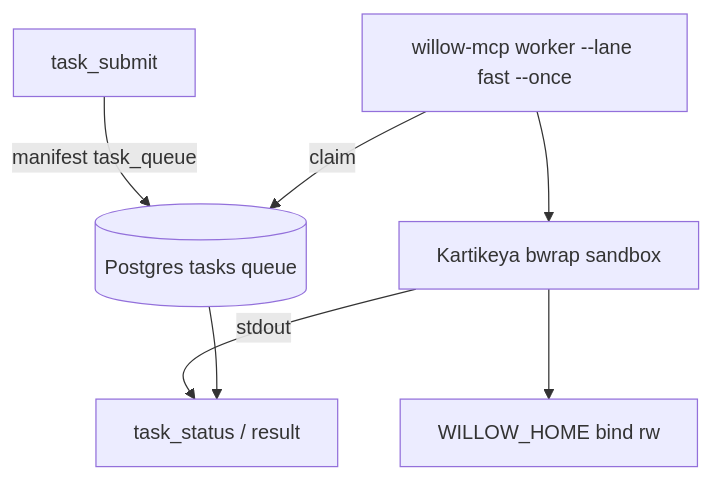
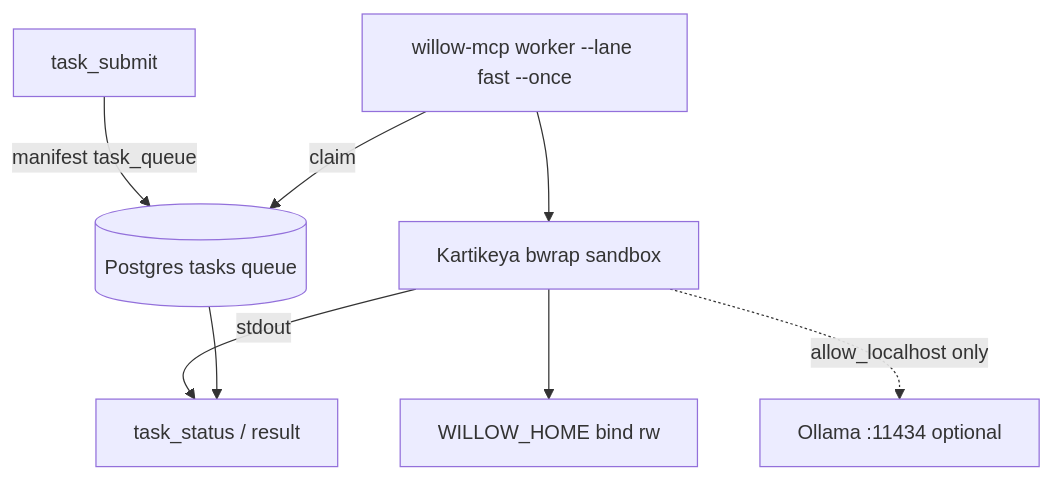
Before and after one commit to rudi193-cmd/Willow: the eighth of 11 diagrams in design/architecture/willow-mcp-flows.md, drawn with Mermaid. The commit also changed other lines of this file, not shown here.

````diff
--- a/design/architecture/willow-mcp-flows.md
+++ b/design/architecture/willow-mcp-flows.md
@@ -191,16 +233,18 @@
 ```mermaid
 flowchart TB
   SUB[task_submit]
   Q[(Postgres tasks queue)]
   WRK[willow-mcp worker --lane fast --once]
   KART[Kartikeya bwrap sandbox]
   VAULT["WILLOW_HOME bind rw"]
+  OLL[Ollama :11434 optional]
   RES[task_status / result]
 
   SUB -->|manifest task_queue| Q
   WRK -->|claim| Q
   WRK --> KART
   KART --> VAULT
+  KART -.->|allow_localhost only| OLL
   KART -->|stdout| RES
   Q --> RES
 ```
````
